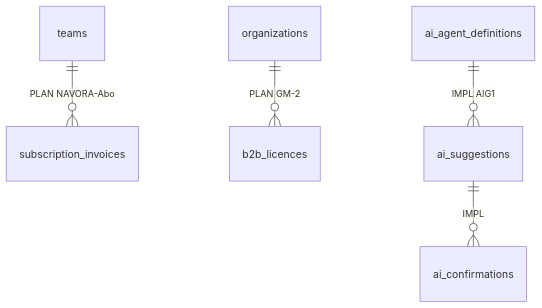
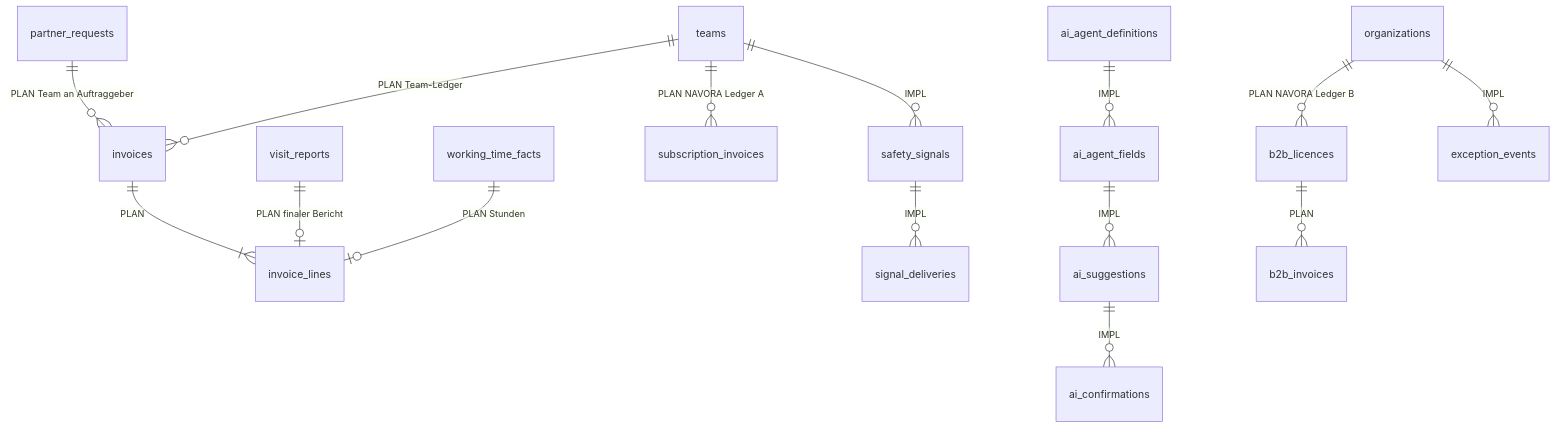
The fourth of 4 diagrams in docs/architecture/ARCHITECTURE_HANDBOOK_V2.md (Ivica1984/navora-mvp), drawn with Mermaid before and after one commit. The commit also changed other lines of this file and 28 other files, not shown here.

````diff
--- a/docs/architecture/ARCHITECTURE_HANDBOOK_V2.md
+++ b/docs/architecture/ARCHITECTURE_HANDBOOK_V2.md
@@ -289,7 +375,17 @@
 ```mermaid
 erDiagram
-  teams ||--o{ subscription_invoices : "PLAN NAVORA-Abo"
-  organizations ||--o{ b2b_licences : "PLAN GM-2"
-  ai_agent_definitions ||--o{ ai_suggestions : "IMPL AIG1"
+  partner_requests ||--o{ invoices : "PLAN Team an Auftraggeber"
+  teams ||--o{ invoices : "PLAN Team-Ledger"
+  invoices ||--|{ invoice_lines : "PLAN"
+  visit_reports ||--o| invoice_lines : "PLAN finaler Bericht"
+  working_time_facts ||--o| invoice_lines : "PLAN Stunden"
+  teams ||--o{ subscription_invoices : "PLAN NAVORA Ledger A"
+  organizations ||--o{ b2b_licences : "PLAN NAVORA Ledger B"
+  b2b_licences ||--o{ b2b_invoices : "PLAN"
+  ai_agent_definitions ||--o{ ai_agent_fields : "IMPL"
+  ai_agent_fields ||--o{ ai_suggestions : "IMPL"
   ai_suggestions ||--o{ ai_confirmations : "IMPL"
+  teams ||--o{ safety_signals : "IMPL"
+  safety_signals ||--o{ signal_deliveries : "IMPL"
+  organizations ||--o{ exception_events : "IMPL"
 ```
````
